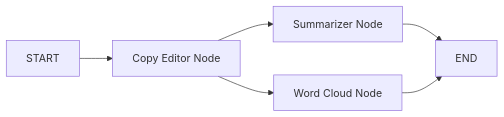
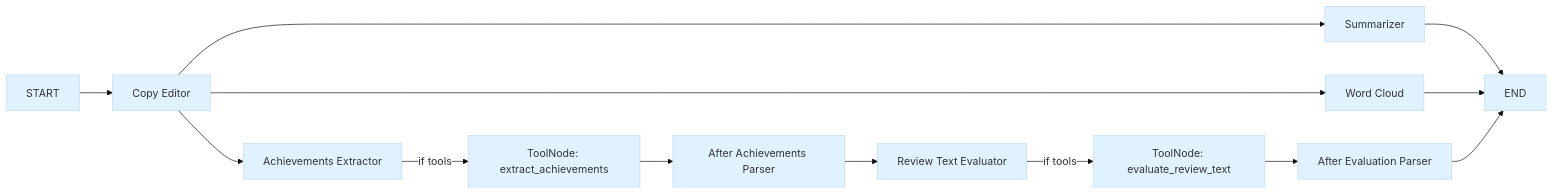
Before and after one commit to supportvectors/metamorphosis: the second of 3 diagrams in docs/metamorphosis/agents/index.md, drawn with Mermaid. The commit also changed other lines of this file and 97 other files, not shown here.

````diff
--- a/docs/metamorphosis/agents/index.md
+++ b/docs/metamorphosis/agents/index.md
@@ -67,8 +53,16 @@
 ```mermaid
+%%{init: {'theme': 'base', 'themeVariables': { 'primaryColor': '#e0f2ff', 'edgeLabelBackground':'#ffffffaa', 'clusterBkg':'#f7fbff', 'fontFamily':'Inter'}}}%%
 graph LR
-    A[START] --> B[Copy Editor Node]
-    B --> C[Summarizer Node]
-    B --> D[Word Cloud Node]
-    C --> E[END]
-    D --> E
+    A[START] --> B[Copy Editor]
+    B --> C[Summarizer]
+    B --> D[Word Cloud]
+    B --> E[Achievements Extractor]
+    E -->|if tools| F[ToolNode: extract_achievements]
+    F --> G[After Achievements Parser]
+    G --> H[Review Text Evaluator]
+    H -->|if tools| I[ToolNode: evaluate_review_text]
+    I --> J[After Evaluation Parser]
+    C --> K[END]
+    D --> K
+    J --> K
 ```
````
